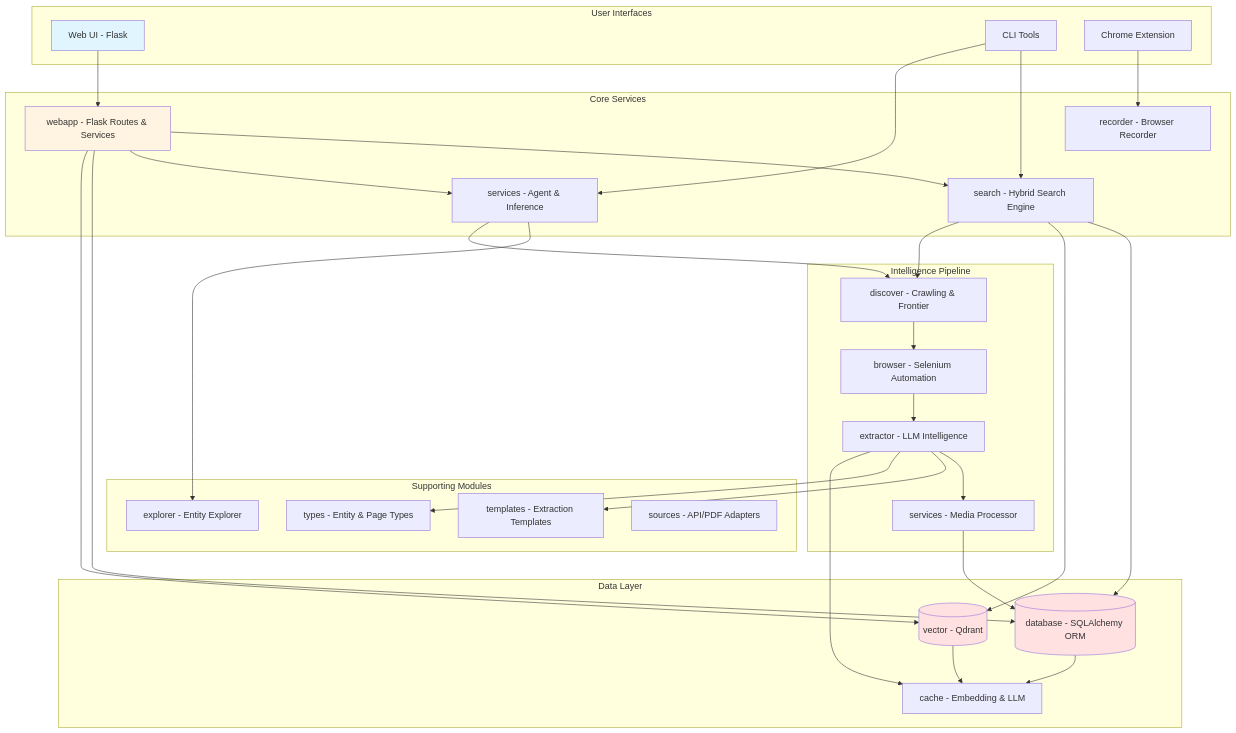
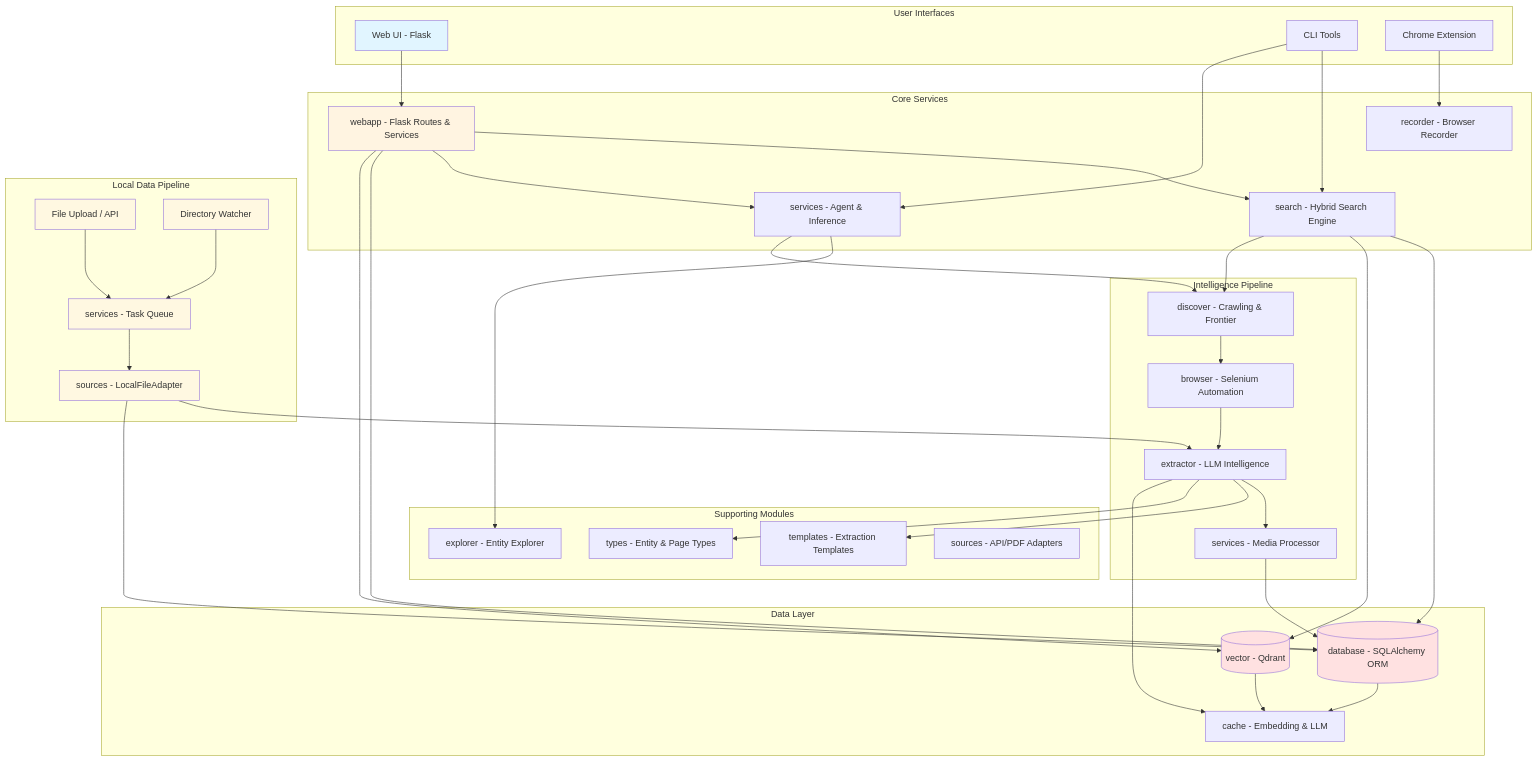
One commit to anorien90/Garuda changed the first of 5 diagrams in README.md. Above: the diagram before and after it, drawn with Mermaid. The commit also changed other lines of this file and 2 other files, not shown here.

Commit message:
Add local data UI panel, tab integration, and README documentation

````diff
--- a/README.md
+++ b/README.md
@@ -144,6 +156,13 @@
         BROW[browser - Selenium Automation]
         EXTR[extractor - LLM Intelligence]
         PROC[services - Media Processor]
+    end
+
+    subgraph "Local Data Pipeline"
+        UPLOAD[File Upload / API]
+        WATCH[Directory Watcher]
+        LFADAPT[sources - LocalFileAdapter]
+        TQ[services - Task Queue]
     end
 
     subgraph "Data Layer"
@@ -181,6 +200,12 @@
     EXTR --> PROC
     PROC --> DB
 
+    UPLOAD --> TQ
+    WATCH --> TQ
+    TQ --> LFADAPT
+    LFADAPT --> EXTR
+    LFADAPT --> DB
+
     EXTR --> TEMP
     EXTR --> TYPES
     EXTR --> CACHE
@@ -192,4 +217,8 @@
     style WEB fill:#fff4e1
     style DB fill:#ffe1e1
     style VEC fill:#ffe1e1
+    style UPLOAD fill:#fff8e1
+    style WATCH fill:#fff8e1
+    style LFADAPT fill:#fff8e1
+    style TQ fill:#fff8e1
 ```
````
